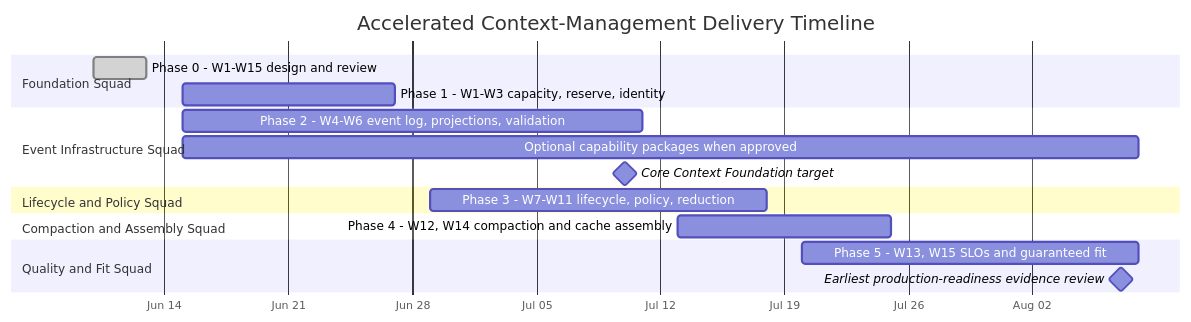
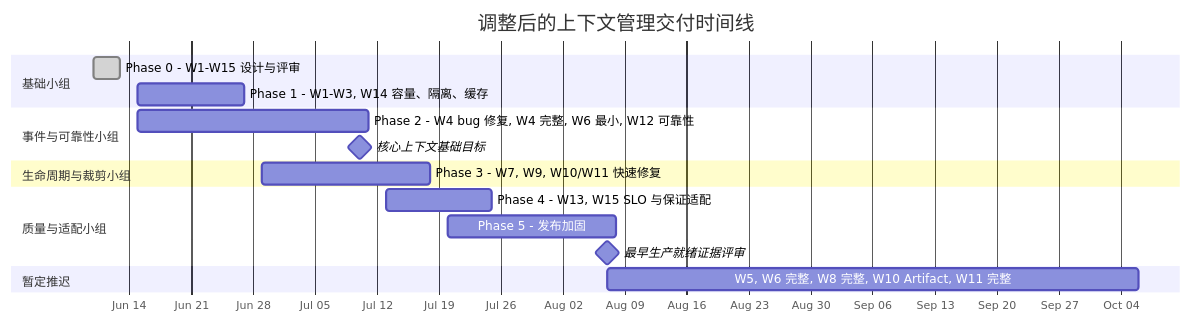
Before and after one commit to ModelEngine-Group/nexent: the fifth of 6 diagrams in doc/working/context-management-workstreams/context-management-production-plan-zh.md, drawn with Mermaid. The commit also changed other lines of this file and 10 other files, not shown here.

````diff
--- a/doc/working/context-management-workstreams/context-management-production-plan-zh.md
+++ b/doc/working/context-management-workstreams/context-management-production-plan-zh.md
@@ -1148,25 +1183,25 @@
 ```mermaid
 gantt
-    title Accelerated Context-Management Delivery Timeline
+    title 调整后的上下文管理交付时间线
     dateFormat  YYYY-MM-DD
     axisFormat  %b %d
 
-    section Foundation Squad
-    Phase 0 - W1-W15 design and review                 :done, p0, 2026-06-10, 3d
-    Phase 1 - W1-W3 capacity, reserve, identity        :p1, 2026-06-15, 12d
+    section 基础小组
+    Phase 0 - W1-W15 设计与评审                 :done, p0, 2026-06-10, 3d
+    Phase 1 - W1-W3, W14 容量、隔离、缓存    :p1, 2026-06-15, 12d
 
-    section Event Infrastructure Squad
-    Phase 2 - W4-W6 event log, projections, validation :p2, 2026-06-15, 26d
-    Optional capability packages when approved         :p17, 2026-06-15, 54d
-    Core Context Foundation target                     :milestone, m1, 2026-07-10, 0d
+    section 事件与可靠性小组
+    Phase 2 - W4 bug 修复, W4 完整, W6 最小, W12 可靠性 :p2, 2026-06-15, 26d
+    核心上下文基础目标                     :milestone, m1, 2026-07-10, 0d
 
-    section Lifecycle and Policy Squad
-    Phase 3 - W7-W11 lifecycle, policy, reduction      :p3, 2026-06-29, 19d
+    section 生命周期与裁剪小组
+    Phase 3 - W7, W9, W10/W11 快速修复             :p3, 2026-06-29, 19d
 
-    section Compaction and Assembly Squad
-    Phase 4 - W12, W14 compaction and cache assembly   :p4, 2026-07-13, 12d
+    section 质量与适配小组
+    Phase 4 - W13, W15 SLO 与保证适配        :p4, 2026-07-13, 12d
+    Phase 5 - 发布加固                        :p5, 2026-07-20, 19d
+    最早生产就绪证据评审      :milestone, m2, 2026-08-07, 0d
 
-    section Quality and Fit Squad
-    Phase 5 - W13, W15 SLOs and guaranteed fit         :p5, 2026-07-20, 19d
-    Earliest production-readiness evidence review      :milestone, m2, 2026-08-07, 0d
+    section 暂定推迟
+    W5, W6 完整, W8 完整, W10 Artifact, W11 完整      :deferred, 2026-08-07, 60d
 ```
````
